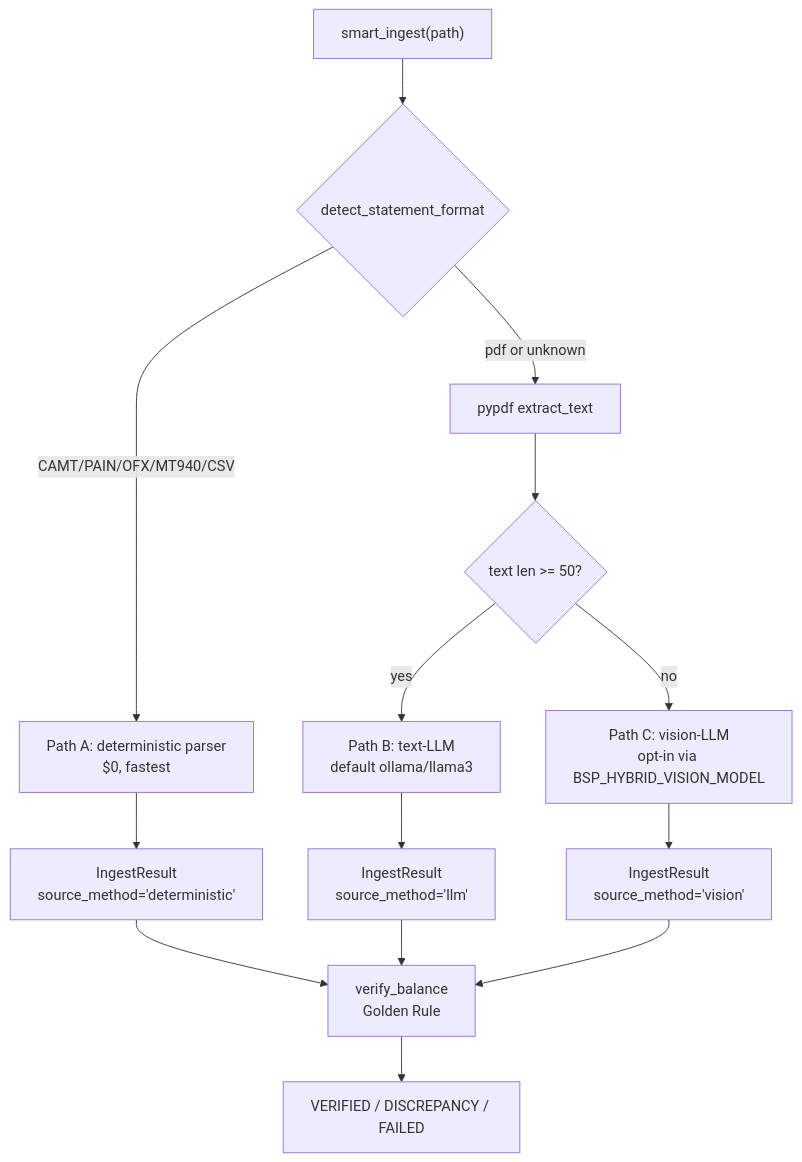
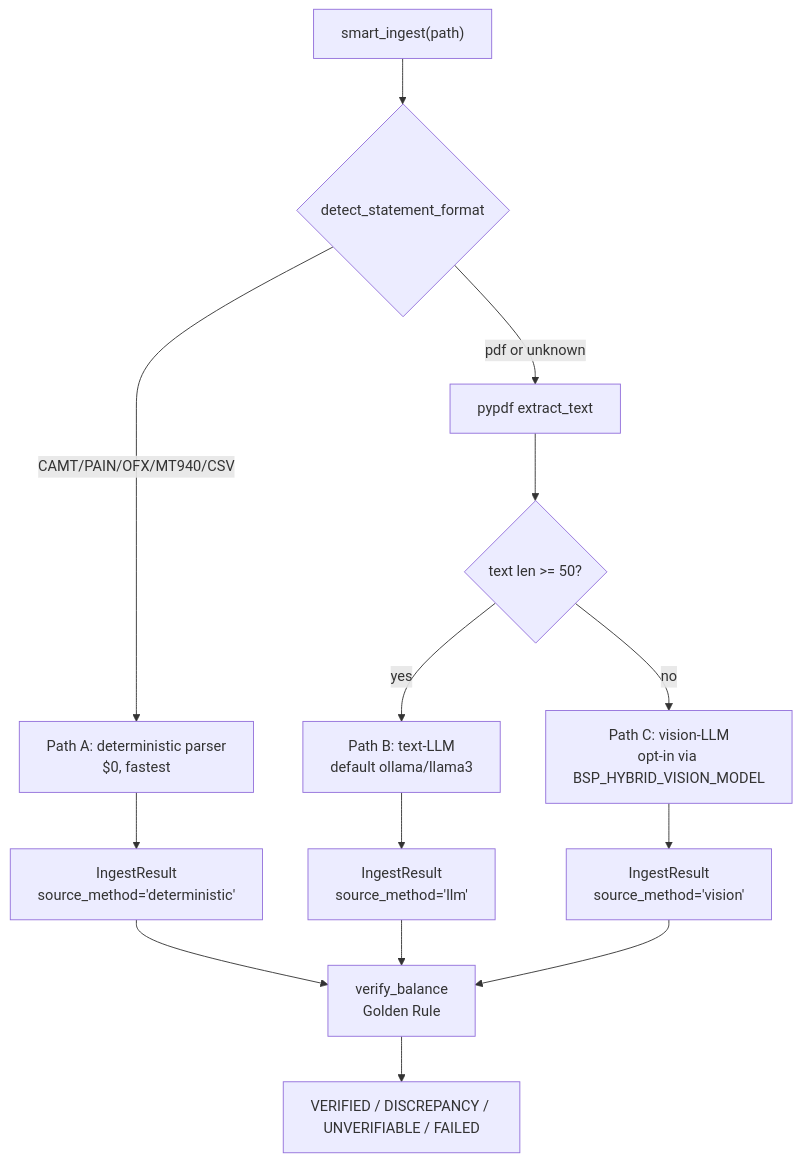
One commit to sebastienrousseau/bankstatementparser changed the diagram in README.md. Above: the diagram before and after it, drawn with Mermaid. The commit also changed other lines of this file and 11 other files, not shown here.

````diff
--- a/README.md
+++ b/README.md
@@ -258,20 +258,20 @@
 ```mermaid
 flowchart TD
     A[smart_ingest&lpar;path&rpar;] --> B{detect_statement_format}
     B -- CAMT/PAIN/OFX/MT940/CSV --> C[Path A: deterministic parser<br/>$0, fastest]
     C --> Z[IngestResult<br/>source_method='deterministic']
 
     B -- pdf or unknown --> D[pypdf extract_text]
     D --> E{text len &gt;= 50?}
 
     E -- yes --> F[Path B: text-LLM<br/>default ollama/llama3]
     F --> Y[IngestResult<br/>source_method='llm']
 
     E -- no --> G[Path C: vision-LLM<br/>opt-in via BSP_HYBRID_VISION_MODEL]
     G --> X[IngestResult<br/>source_method='vision']
 
     Z --> V[verify_balance<br/>Golden Rule]
     Y --> V
     X --> V
-    V --> R[VERIFIED / DISCREPANCY / FAILED]
+    V --> R[VERIFIED / DISCREPANCY / UNVERIFIABLE / FAILED]
 ```
````
